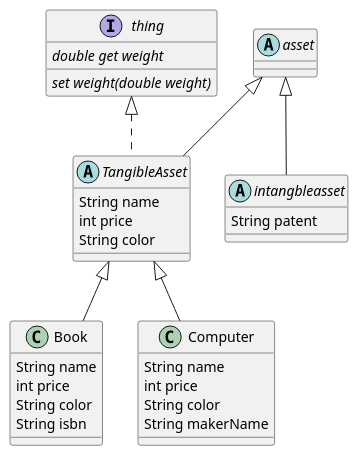
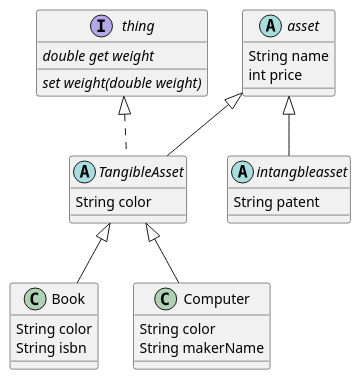
The diagram in lib/asset.puml (SurvivalCodingCampus/sesac7_dart_study), drawn with PlantUML before and after one commit. The commit also changed 5 other files, not shown here.

```diff
--- a/lib/asset.puml
+++ b/lib/asset.puml
@@ -1,36 +1,32 @@
 @startuml
 'https://plantuml.com/class-diagram
 
 abstract class asset {
+  String name
+  int price
 }
 
 interface thing {
   {abstract} double get weight
   {abstract} set weight(double weight)
 }
 
 abstract class TangibleAsset extends asset implements thing{
-  String name
-  int price
   String color
 }
 
 abstract class intangbleasset extends asset {
   String patent
 }
 
 class Book extends TangibleAsset {
- String name
- int price
  String color
  String isbn
 }
 
 class Computer extends TangibleAsset {
- String name
- int price
  String color
  String makerName
 }
 
 @enduml
```
